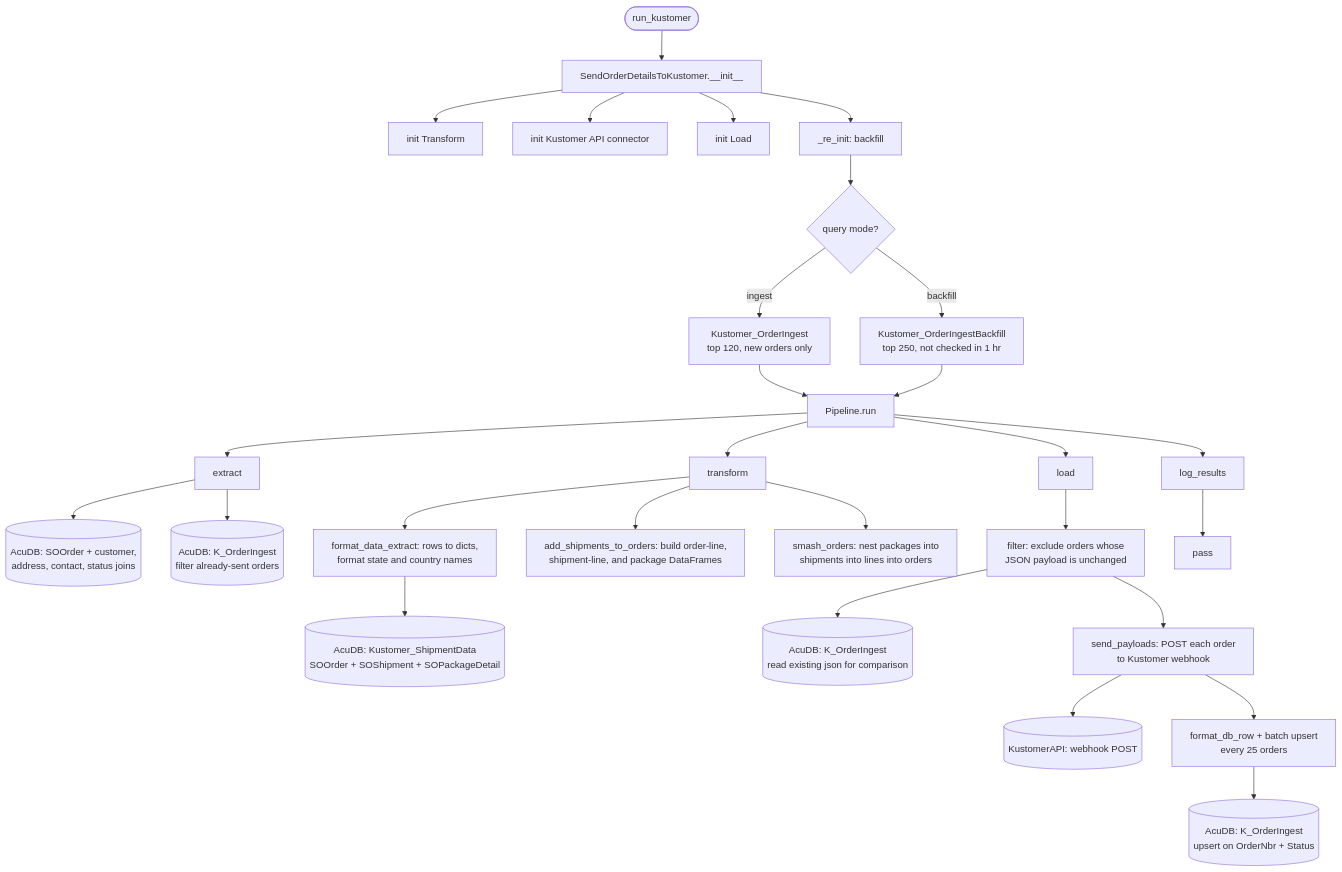
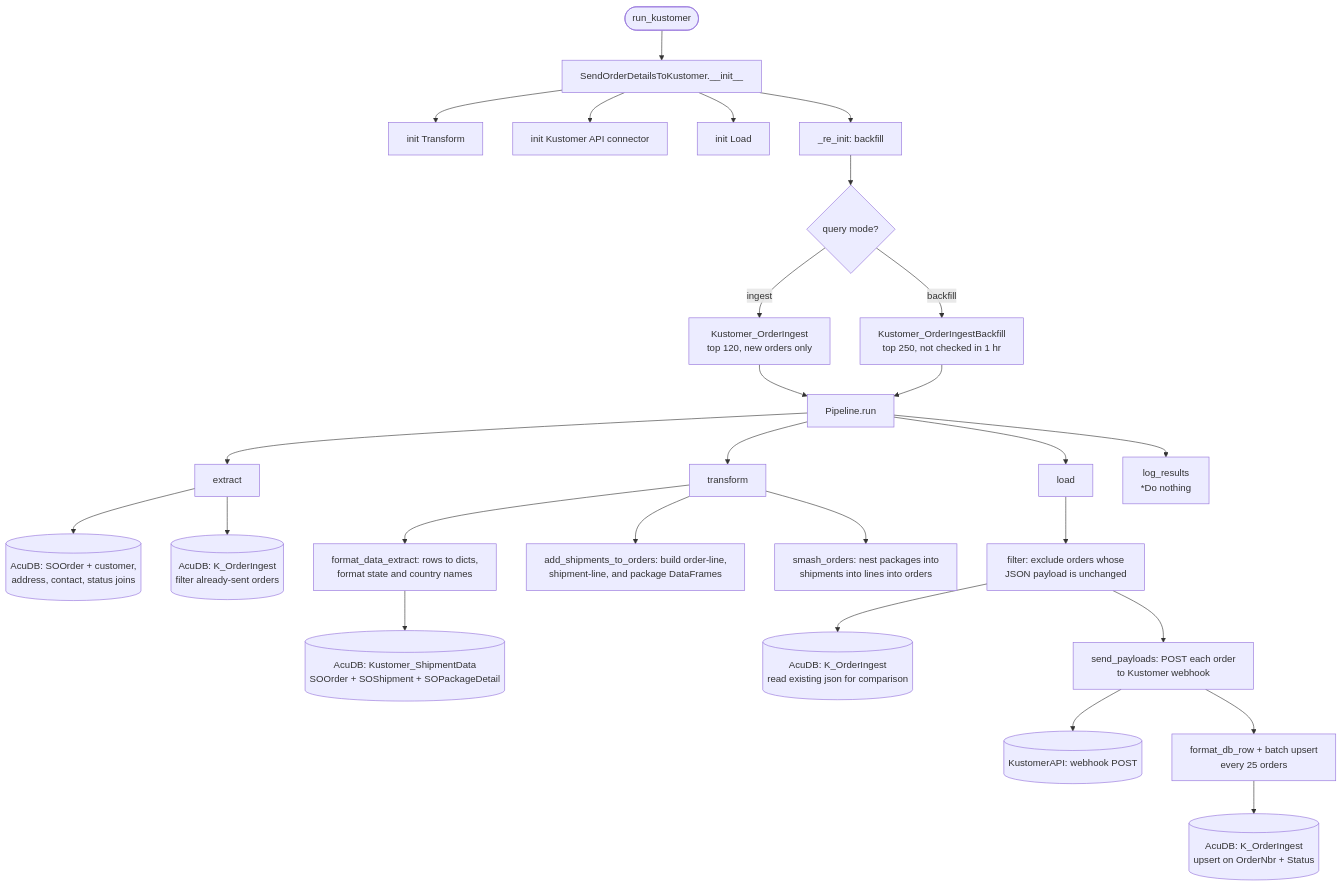
The diagram in docs/pipelines/kustomer.md (journeyhl/logistics-integration-platform), drawn with Mermaid before and after one commit. The commit also changed 20 other files, not shown here.

````diff
--- a/docs/pipelines/kustomer.md
+++ b/docs/pipelines/kustomer.md
@@ -1,35 +1,34 @@
 ```mermaid
 %%{init: {"flowchart": {"wrappingWidth": 400}}}%%
 flowchart TD
     A([run_kustomer]) --> B[SendOrderDetailsToKustomer.__init__]
     B --> B1[init Transform]
     B --> B2[init Kustomer API connector]
     B --> B3[init Load]
     B --> RI[_re_init: backfill]
     RI --> QSET{query mode?}
     QSET -->|ingest| Q1[Kustomer_OrderIngest<br/>top 120, new orders only]
     QSET -->|backfill| Q2[Kustomer_OrderIngestBackfill<br/>top 250, not checked in 1 hr]
     Q1 --> RUN[Pipeline.run]
     Q2 --> RUN
 
     RUN --> EX[extract]
     EX --> D1[(AcuDB: SOOrder + customer,<br/>address, contact, status joins)]
     EX --> D2[(AcuDB: K_OrderIngest<br/>filter already-sent orders)]
 
     RUN --> TR[transform]
     TR --> T1[format_data_extract: rows to dicts,<br/>format state and country names]
     T1 --> D3[(AcuDB: Kustomer_ShipmentData<br/>SOOrder + SOShipment + SOPackageDetail)]
     TR --> T2[add_shipments_to_orders: build order-line,<br/>shipment-line, and package DataFrames]
     TR --> T3[smash_orders: nest packages into<br/>shipments into lines into orders]
 
     RUN --> LD[load]
     LD --> LS1[filter: exclude orders whose<br/>JSON payload is unchanged]
     LS1 --> D4[(AcuDB: K_OrderIngest<br/>read existing json for comparison)]
     LS1 --> LS2[send_payloads: POST each order<br/>to Kustomer webhook]
     LS2 --> D5[(KustomerAPI: webhook POST)]
     LS2 --> LS3[format_db_row + batch upsert<br/>every 25 orders]
     LS3 --> D6[(AcuDB: K_OrderIngest<br/>upsert on OrderNbr + Status)]
 
-    RUN --> LR[log_results]
-    LR --> LO[pass]
+    RUN --> LR[log_results<br/>*Do nothing]
 ```
````
